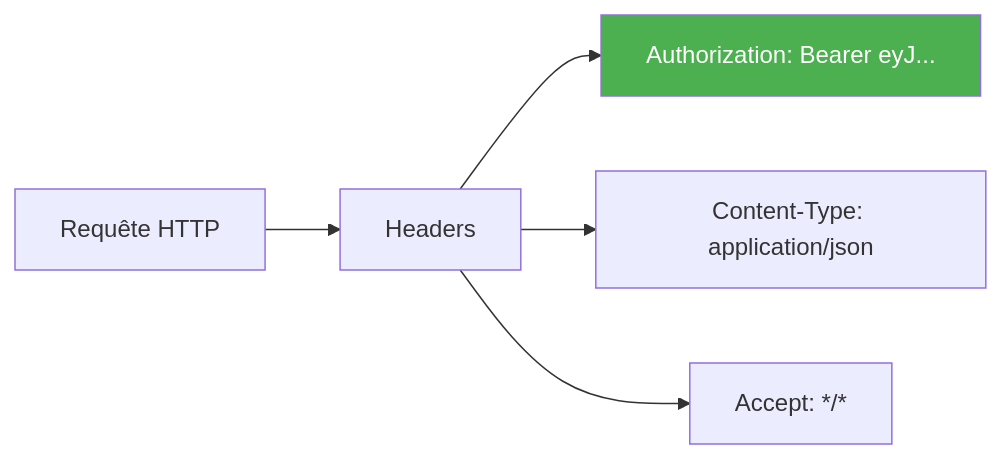
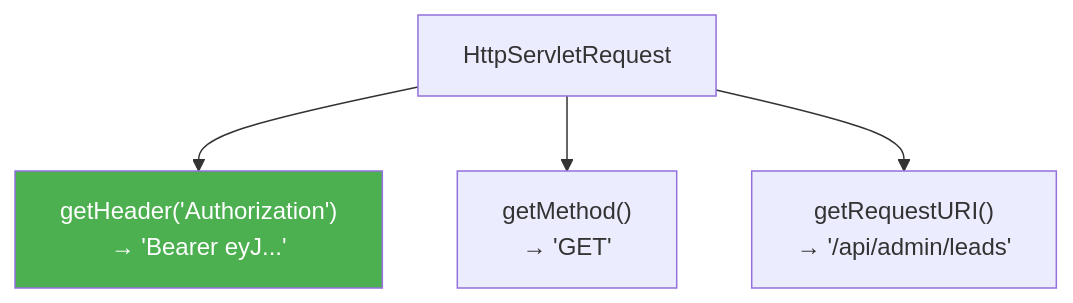
The fifth of 20 diagrams in cours/25-exercice-jwtauthfilter.md (hrhouma1/inskillflow-docs-formation-spring-boot-projet-e-contact-backend), drawn with Mermaid before and after one commit. The commit also changed other lines of this file, not shown here.

````diff
--- a/cours/25-exercice-jwtauthfilter.md
+++ b/cours/25-exercice-jwtauthfilter.md
@@ -216,9 +357,9 @@
 ```mermaid
-graph LR
-    A["Requête HTTP"] --> B["Headers"]
-    B --> C["Authorization: Bearer eyJ..."]
-    B --> D["Content-Type: application/json"]
-    B --> E["Accept: */*"]
+graph TB
+    A["HttpServletRequest"]
+    A --> B["getHeader('Authorization')<br/>→ 'Bearer eyJ...'"]
+    A --> C["getMethod()<br/>→ 'GET'"]
+    A --> D["getRequestURI()<br/>→ '/api/admin/leads'"]
     
-    style C fill:#4CAF50,color:#fff
+    style B fill:#4CAF50,color:#fff
 ```
````
